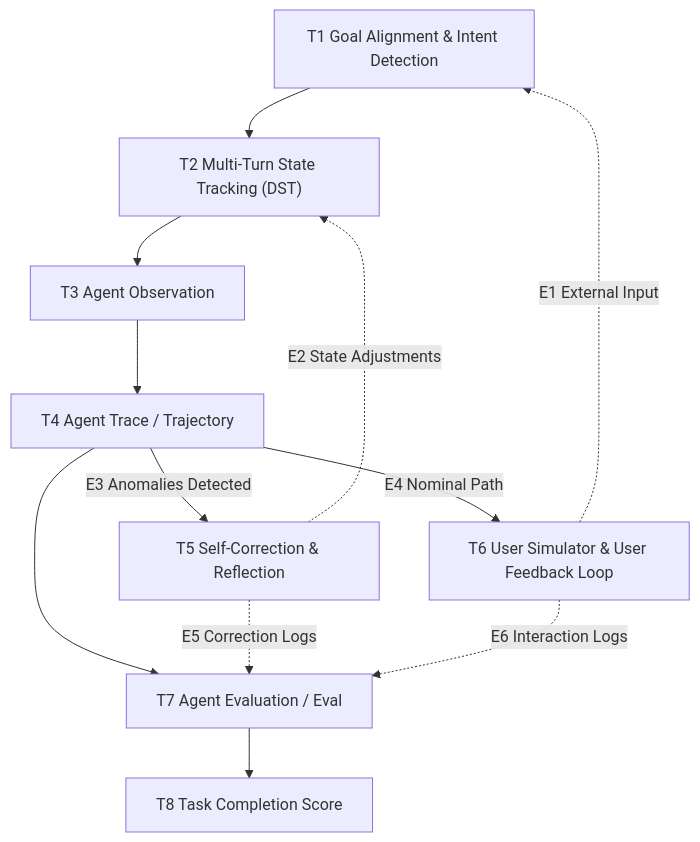
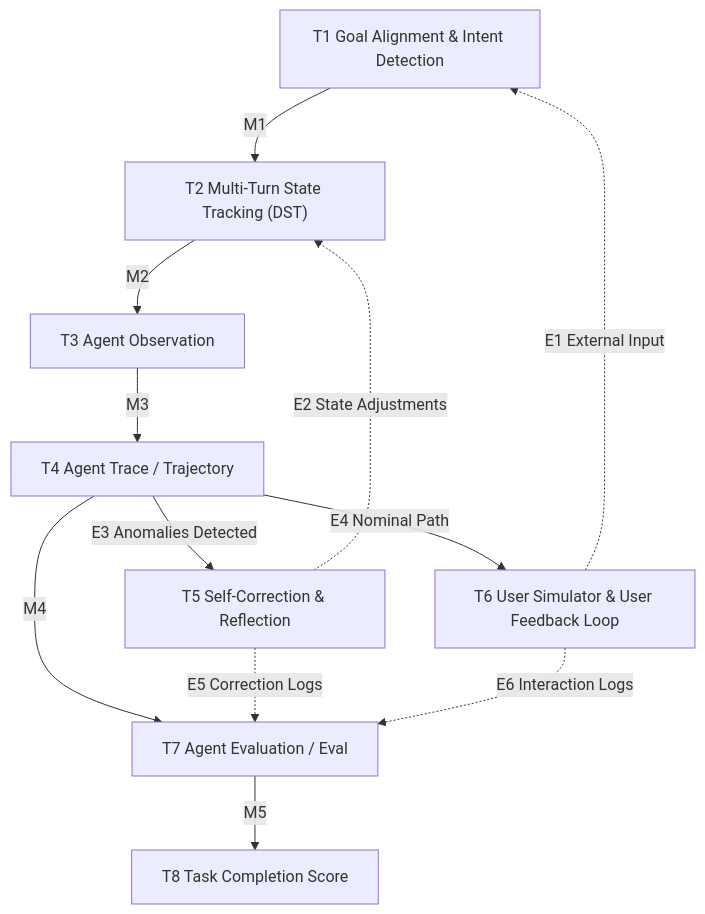
Before and after one commit to DemianLi/nexus-agent: the diagram in .docs/chat-agent-research/blueprint-parts/overview-flow.md, drawn with Mermaid. The commit also changed other lines of this file and 3 other files, not shown here.

First line of the commit message:
docs: 修正 M4 與 E5、E6 的欄位重疊並在圖上標出主幹編號

````diff
--- a/.docs/chat-agent-research/blueprint-parts/overview-flow.md
+++ b/.docs/chat-agent-research/blueprint-parts/overview-flow.md
@@ -5,14 +5,14 @@
 ```mermaid
 flowchart TD
-  T1["T1 Goal Alignment & Intent Detection"] --> T2["T2 Multi-Turn State Tracking (DST)"]
-  T2 --> T3["T3 Agent Observation"]
-  T3 --> T4["T4 Agent Trace / Trajectory"]
-  T4 --> T7["T7 Agent Evaluation / Eval"]
-  T7 --> T8["T8 Task Completion Score"]
+  T1["T1 Goal Alignment & Intent Detection"] -- "M1" --> T2["T2 Multi-Turn State Tracking (DST)"]
+  T2 -- "M2" --> T3["T3 Agent Observation"]
+  T3 -- "M3" --> T4["T4 Agent Trace / Trajectory"]
+  T4 -- "M4" --> T7["T7 Agent Evaluation / Eval"]
+  T7 -- "M5" --> T8["T8 Task Completion Score"]
   T4 -- "E3 Anomalies Detected" --> T5["T5 Self-Correction & Reflection"]
   T4 -- "E4 Nominal Path" --> T6["T6 User Simulator & User Feedback Loop"]
   T6 -. "E1 External Input" .-> T1
   T5 -. "E2 State Adjustments" .-> T2
   T5 -. "E5 Correction Logs" .-> T7
   T6 -. "E6 Interaction Logs" .-> T7
 ```
````
